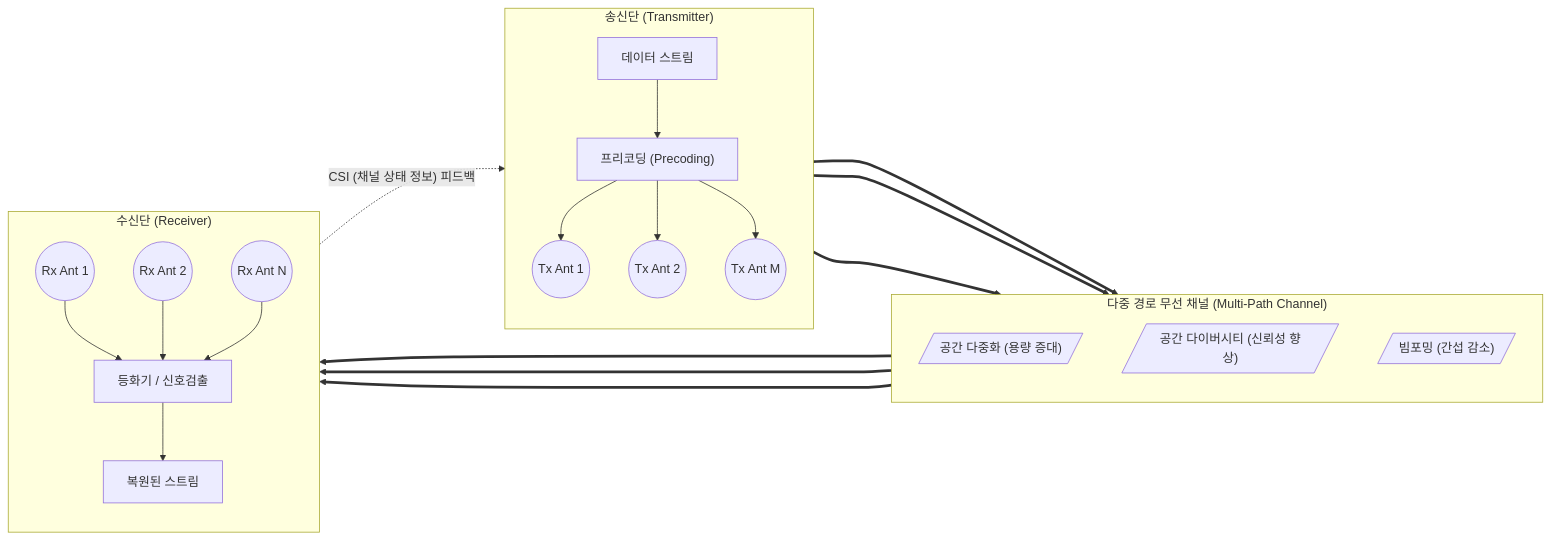
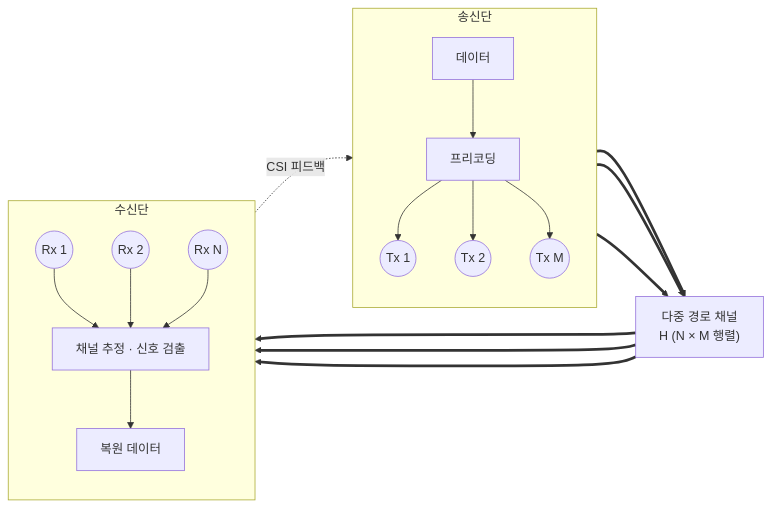
The diagram in content/01_IT Tech/MIMO.md (supremethumb/supremethumb.github.io), drawn with Mermaid before and after one commit. The commit also changed other lines of this file and 1087 other files, not shown here.

````diff
--- a/content/01_IT Tech/MIMO.md
+++ b/content/01_IT Tech/MIMO.md
@@ -27,30 +36,20 @@
 ```mermaid
 flowchart LR
-    subgraph TX["송신단 (Transmitter)"]
+    subgraph TX["송신단"]
         direction TB
-        S_Data["데이터 스트림"] --> Precoding["프리코딩 (Precoding)"]
-        Precoding --> T1((Tx Ant 1))
-        Precoding --> T2((Tx Ant 2))
-        Precoding --> TN((Tx Ant M))
+        D["데이터"] --> P["프리코딩"]
+        P --> T1(("Tx 1"))
+        P --> T2(("Tx 2"))
+        P --> TM(("Tx M"))
     end
-
-    subgraph Channel["다중 경로 무선 채널 (Multi-Path Channel)"]
+    CH["다중 경로 채널<br/>H (N × M 행렬)"]
+    subgraph RX["수신단"]
         direction TB
-        C1[/"공간 다중화 (용량 증대)"/]
-        C2[/"공간 다이버시티 (신뢰성 향상)"/]
-        C3[/"빔포밍 (간섭 감소)"/]
+        R1(("Rx 1")) --> E["채널 추정 · 신호 검출"]
+        R2(("Rx 2")) --> E
+        RN(("Rx N")) --> E
+        E --> O["복원 데이터"]
     end
-
-    subgraph RX["수신단 (Receiver)"]
-        direction TB
-        R1((Rx Ant 1)) --> Equalizer["등화기 / 신호검출"]
-        R2((Rx Ant 2)) --> Equalizer
-        RN((Rx Ant N)) --> Equalizer
-        Equalizer --> R_Data["복원된 스트림"]
-    end
-
-    T1 & T2 & TN ===> Channel ===> R1 & R2 & RN
-    
-    RX -. "CSI (채널 상태 정보) 피드백" .-> TX
-
+    T1 & T2 & TM ==> CH ==> R1 & R2 & RN
+    RX -. "CSI 피드백" .-> TX
 ```
````
